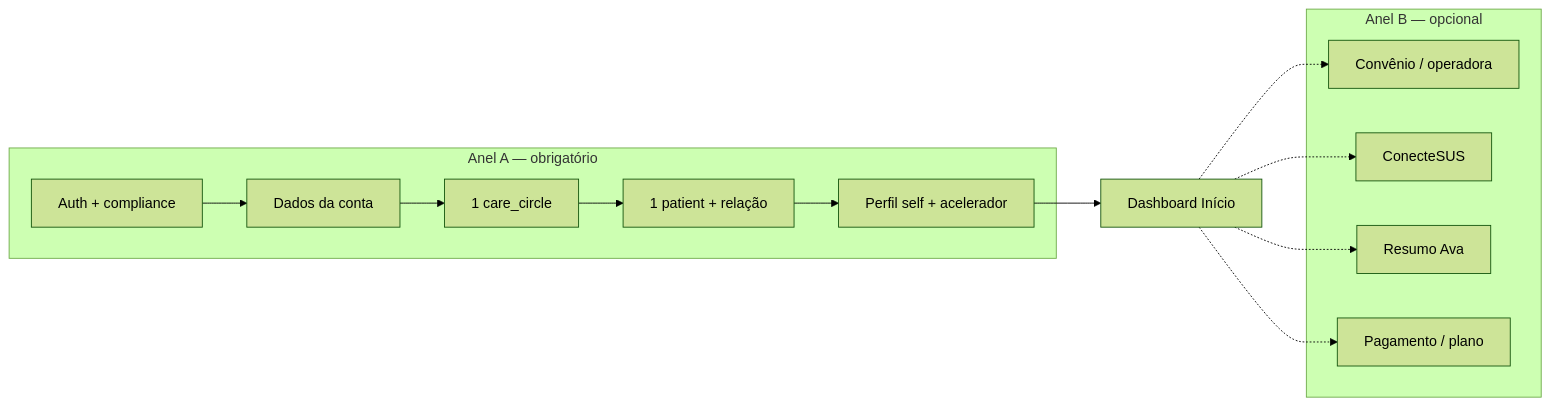
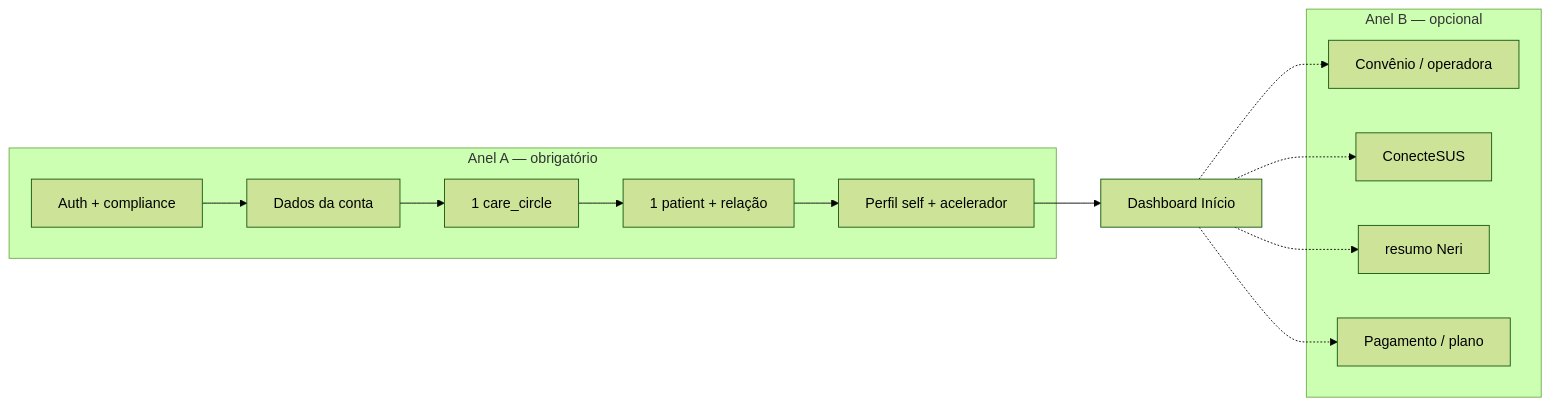
One commit to RafaDru/aiyra-care changed the diagram in docs/product/ONBOARDING_MVP_GATE.md. Above: the diagram before and after it, drawn with Mermaid (forest theme). The commit also changed other lines of this file and 83 other files, not shown here.

````diff
--- a/docs/product/ONBOARDING_MVP_GATE.md
+++ b/docs/product/ONBOARDING_MVP_GATE.md
@@ -19,21 +19,21 @@
 ```mermaid
 flowchart LR
   subgraph anelA [Anel A — obrigatório]
     Auth[Auth + compliance]
     Conta[Dados da conta]
     Fam[1 care_circle]
     Pessoa[1 patient + relação]
     Self[Perfil self + acelerador]
   end
   subgraph anelB [Anel B — opcional]
     Conv[Convênio / operadora]
     SUS[ConecteSUS]
-    AvaResumo[Resumo Ava]
+    AvaResumo[resumo Neri]
     Pay[Pagamento / plano]
   end
   Auth --> Conta --> Fam --> Pessoa --> Self --> Inicio[Dashboard Início]
   Inicio -.-> Conv
   Inicio -.-> SUS
   Inicio -.-> AvaResumo
   Inicio -.-> Pay
 ```
````
